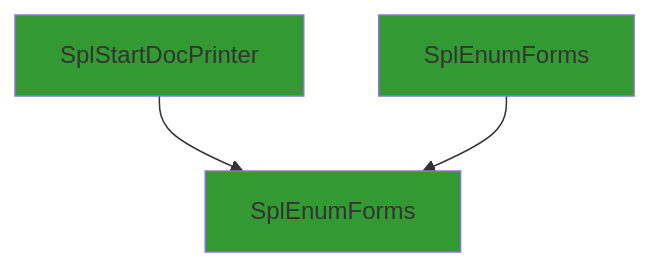
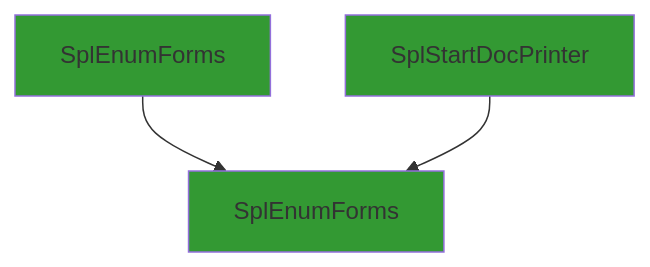
One commit to clearbluejar/ghidra-pyhidra-callgraphs changed the second of 4 diagrams in .callgraphs/localspl.dll.x64.10.0.22000.376/SplEnumForms.flow.md. Above: the diagram before and after it, drawn with Mermaid. The commit also changed other lines of this file and 15 other files, not shown here.

Commit message:
update with mermaid live links

````diff
--- a/.callgraphs/localspl.dll.x64.10.0.22000.376/SplEnumForms.flow.md
+++ b/.callgraphs/localspl.dll.x64.10.0.22000.376/SplEnumForms.flow.md
@@ -31,7 +35,7 @@
 ```mermaid
 flowchart TD
 classDef shaded fill:#339933
+0["SplEnumForms"]:::shaded --> root["SplEnumForms"]:::shaded
 1["SplStartDocPrinter"]:::shaded --> root["SplEnumForms"]:::shaded
-0["SplEnumForms"]:::shaded --> root["SplEnumForms"]:::shaded
 
 ```
````
